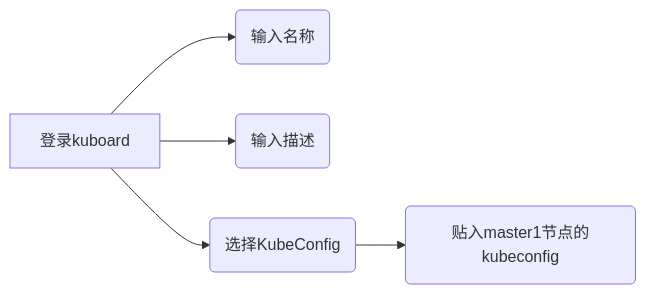
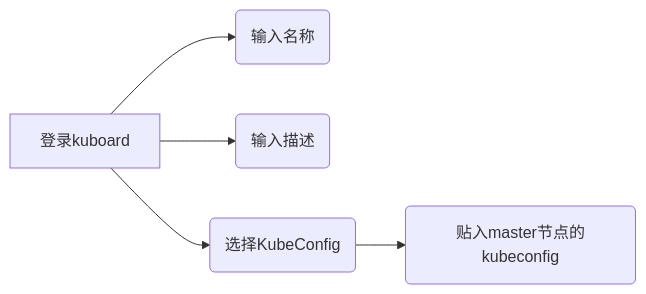
The diagram in docs/kuboard.md (long1318737396/k8s_install), drawn with Mermaid before and after one commit. The commit also changed other lines of this file and 13 other files, not shown here.

````diff
--- a/docs/kuboard.md
+++ b/docs/kuboard.md
@@ -8,7 +8,7 @@
 ```mermaid
 graph LR
 A[登录kuboard] -->B(输入名称)
     A -->C(输入描述)
     A -->D(选择KubeConfig)
-    D -->E(贴入master1节点的kubeconfig)
+    D -->E(贴入master节点的kubeconfig)
 ```
````
